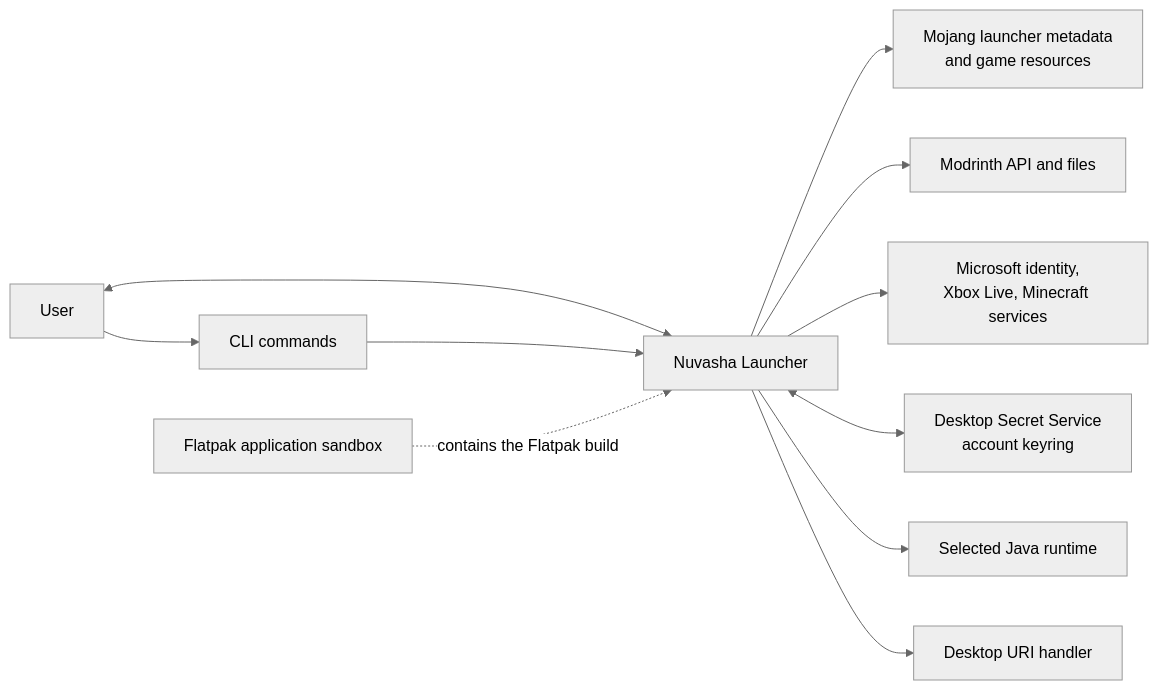
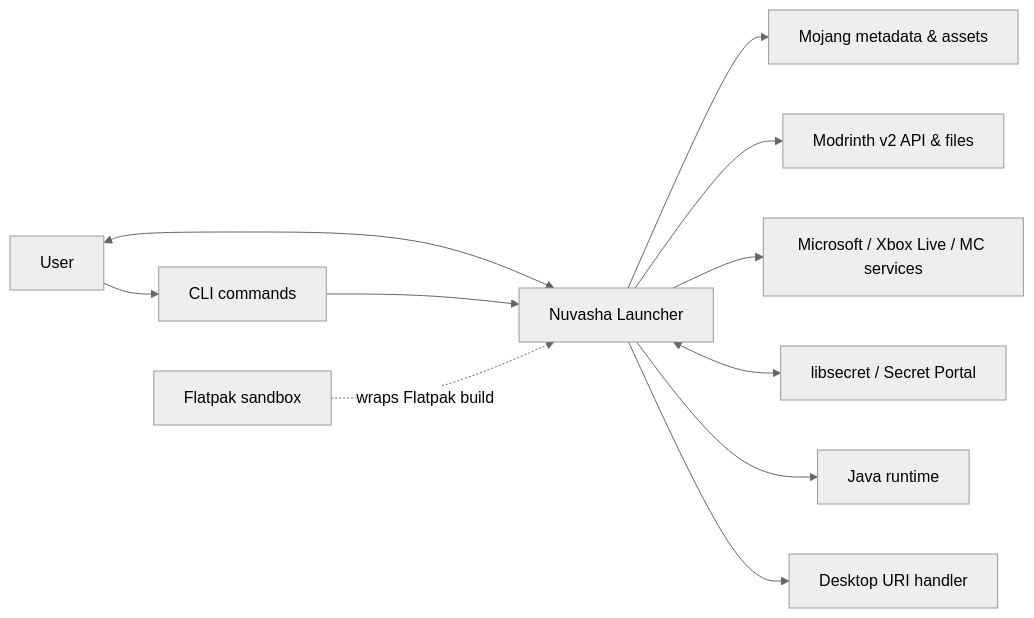
The first of 3 diagrams in docs/architecture.md (NuvashaLauncher/NuvashaLauncher), drawn with Mermaid (neutral theme) before and after one commit. The commit also changed other lines of this file and 7 other files, not shown here.

````diff
--- a/docs/architecture.md
+++ b/docs/architecture.md
@@ -36,26 +13,23 @@
 ```mermaid
 flowchart LR
     User[User]
-    launcher[Nuvasha Launcher]
+    Launcher[Nuvasha Launcher]
     CLI[CLI commands]
-    Mojang[Mojang launcher metadata
-and game resources]
-    Modrinth[Modrinth API and files]
-    Microsoft[Microsoft identity,
-Xbox Live, Minecraft services]
-    Secrets[Desktop Secret Service
-account keyring]
+    Mojang[Mojang metadata & assets]
+    Modrinth[Modrinth v2 API & files]
+    Microsoft[Microsoft / Xbox Live / MC services]
+    Secrets[libsecret / Secret Portal]
     Desktop[Desktop URI handler]
-    Java[Selected Java runtime]
-    Flatpak[Flatpak application sandbox]
+    Java[Java runtime]
+    Flatpak[Flatpak sandbox]
 
-    User <--> launcher
-    User --> CLI --> launcher
-    launcher --> Mojang
-    launcher --> Modrinth
-    launcher --> Microsoft
-    launcher <--> Secrets
-    launcher --> Java
-    Flatpak -. contains the Flatpak build .-> launcher
-    launcher --> Desktop
+    User <--> Launcher
+    User --> CLI --> Launcher
+    Launcher --> Mojang
+    Launcher --> Modrinth
+    Launcher --> Microsoft
+    Launcher <--> Secrets
+    Launcher --> Java
+    Flatpak -. wraps Flatpak build .-> Launcher
+    Launcher --> Desktop
 ```
````
